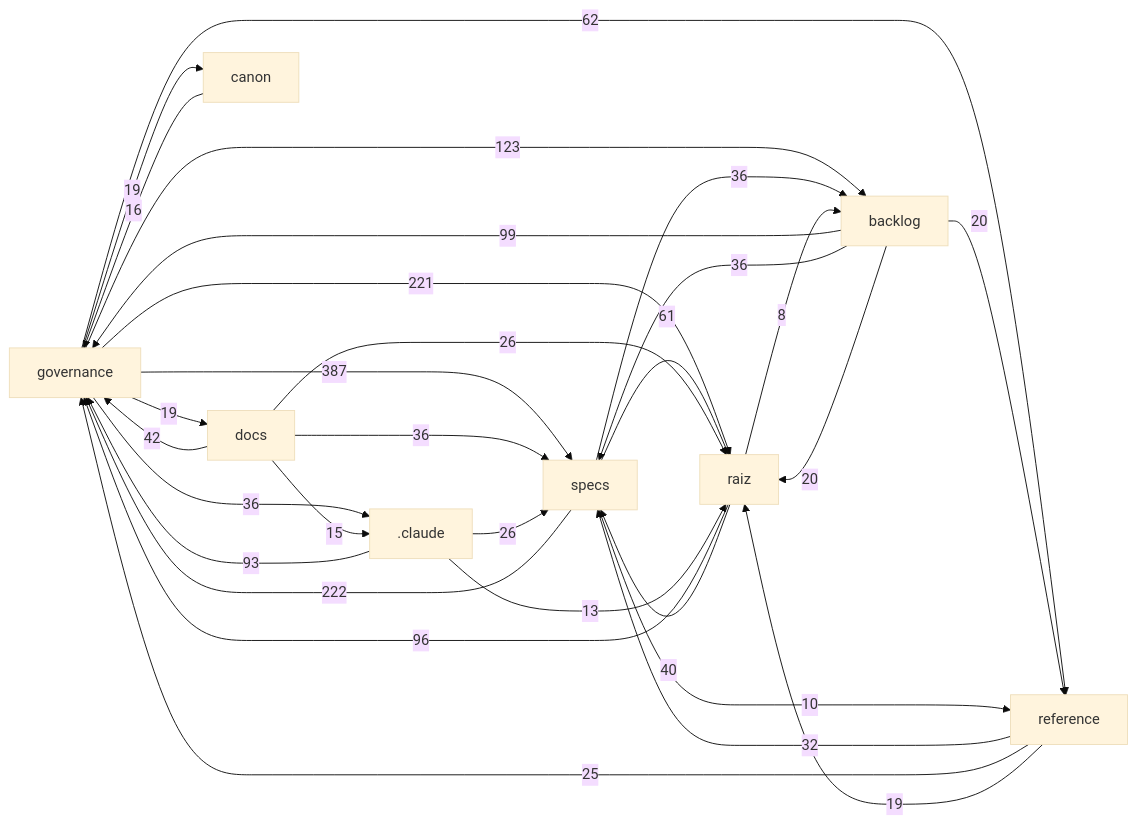
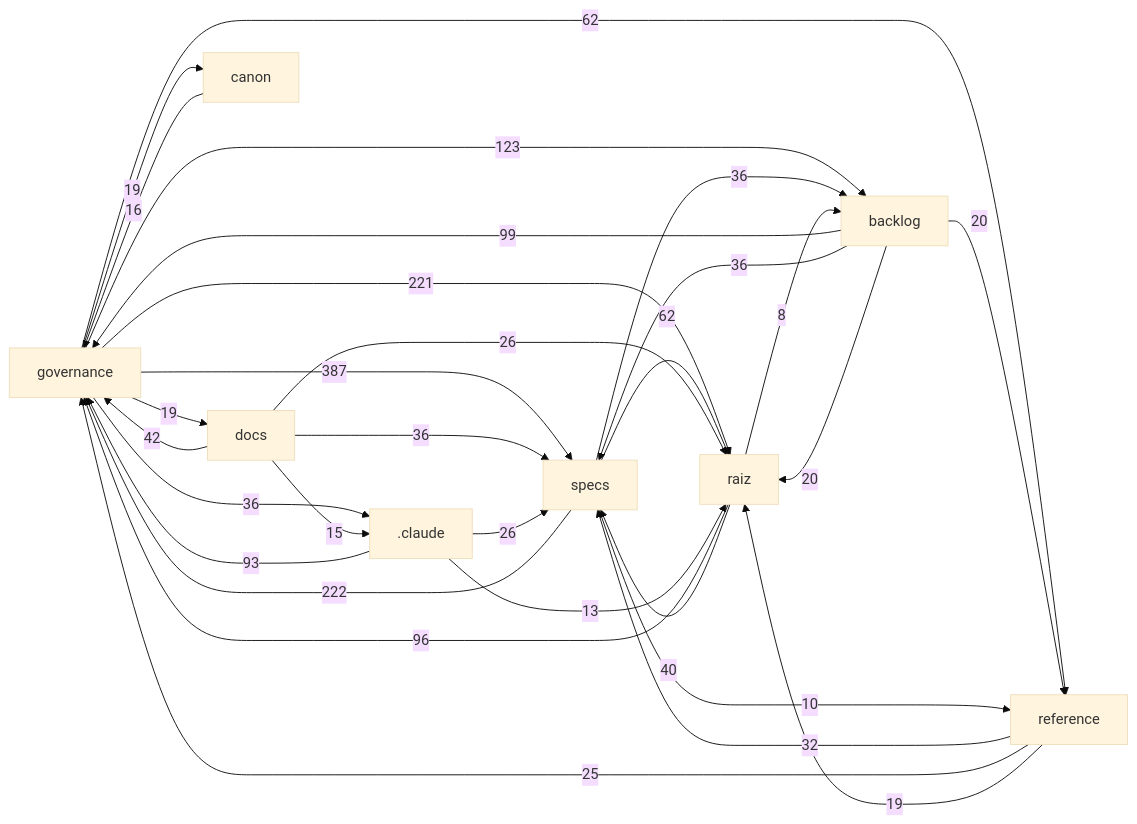
Before and after one commit to Andraus35/Sistema-Operacional-de-Trading--SOT: the diagram in docs/mapa/MAPA-PROJETO.md, drawn with Mermaid (base theme). The commit also changed other lines of this file and 1 other file, not shown here.

````diff
--- a/docs/mapa/MAPA-PROJETO.md
+++ b/docs/mapa/MAPA-PROJETO.md
@@ -30,32 +29,32 @@
 ```mermaid
 flowchart LR
   governance["governance"] -->|387| specs["specs"]
   specs["specs"] -->|222| governance["governance"]
   governance["governance"] -->|221| raiz["raiz"]
   governance["governance"] -->|123| backlog["backlog"]
   backlog["backlog"] -->|99| governance["governance"]
   raiz["raiz"] -->|96| governance["governance"]
   _claude[".claude"] -->|93| governance["governance"]
   governance["governance"] -->|62| reference["reference"]
-  specs["specs"] -->|61| raiz["raiz"]
+  specs["specs"] -->|62| raiz["raiz"]
   docs["docs"] -->|42| governance["governance"]
   raiz["raiz"] -->|40| specs["specs"]
   backlog["backlog"] -->|36| specs["specs"]
   docs["docs"] -->|36| specs["specs"]
   governance["governance"] -->|36| _claude[".claude"]
   specs["specs"] -->|36| backlog["backlog"]
   reference["reference"] -->|32| specs["specs"]
   _claude[".claude"] -->|26| specs["specs"]
   docs["docs"] -->|26| raiz["raiz"]
   reference["reference"] -->|25| governance["governance"]
   backlog["backlog"] -->|20| raiz["raiz"]
   backlog["backlog"] -->|20| reference["reference"]
   governance["governance"] -->|19| docs["docs"]
   governance["governance"] -->|19| canon["canon"]
   reference["reference"] -->|19| raiz["raiz"]
   canon["canon"] -->|16| governance["governance"]
   docs["docs"] -->|15| _claude[".claude"]
   _claude[".claude"] -->|13| raiz["raiz"]
   specs["specs"] -->|10| reference["reference"]
   raiz["raiz"] -->|8| backlog["backlog"]
 ```
````
